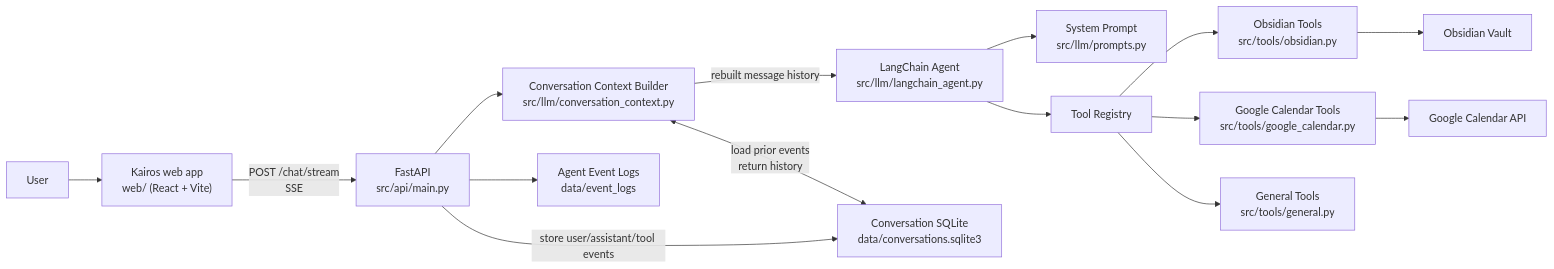
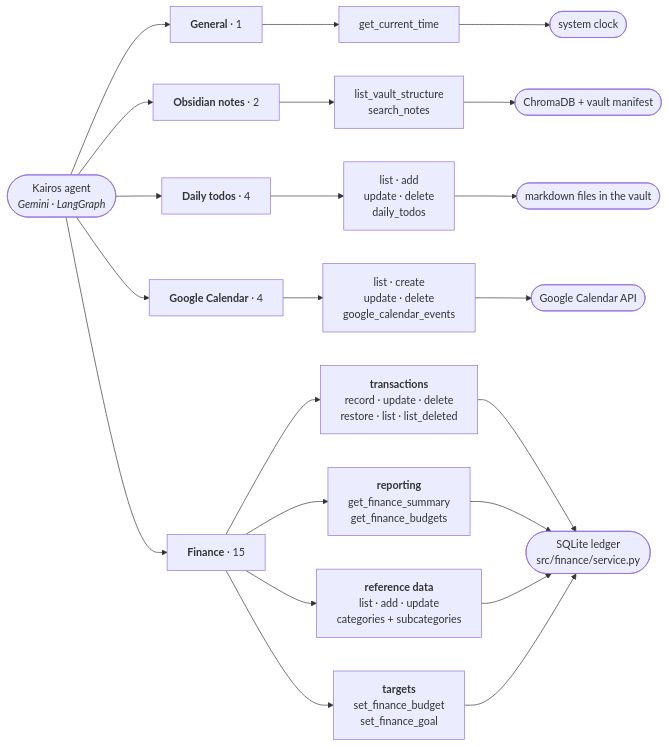
The first of 3 diagrams in README.md (ZhanLiang06/Personal-AI-Assistant), drawn with Mermaid before and after one commit. The commit also changed other lines of this file and 15 other files, not shown here.

````diff
--- a/README.md
+++ b/README.md
@@ -24,17 +92,28 @@
 ```mermaid
 flowchart LR
-    User["User"] --> WebUI["Kairos web app<br/>web/ (React + Vite)"]
-    WebUI -->|POST /chat/stream<br/>SSE| API["FastAPI<br/>src/api/main.py"]
-    API --> Context["Conversation Context Builder<br/>src/llm/conversation_context.py"]
-    Context -->|rebuilt message history| Agent["LangChain Agent<br/>src/llm/langchain_agent.py"]
-    Agent --> Prompt["System Prompt<br/>src/llm/prompts.py"]
-    Agent --> Tools["Tool Registry"]
-    Tools --> ObsidianTools["Obsidian Tools<br/>src/tools/obsidian.py"]
-    Tools --> CalendarTools["Google Calendar Tools<br/>src/tools/google_calendar.py"]
-    Tools --> GeneralTools["General Tools<br/>src/tools/general.py"]
-    ObsidianTools --> Vault["Obsidian Vault"]
-    CalendarTools --> Google["Google Calendar API"]
-    Context <-->|load prior events<br/>return history| SQLite["Conversation SQLite<br/>data/conversations.sqlite3"]
-    API -->|store user/assistant/tool events| SQLite
-    API --> EventLog["Agent Event Logs<br/>data/event_logs"]
+    A(["Kairos agent<br/><i>Gemini · LangGraph</i>"])
+
+    A --> G["<b>General</b> · 1"]
+    A --> N["<b>Obsidian notes</b> · 2"]
+    A --> T["<b>Daily todos</b> · 4"]
+    A --> C["<b>Google Calendar</b> · 4"]
+    A --> F["<b>Finance</b> · 15"]
+
+    G --> G1["get_current_time"]
+    N --> N1["list_vault_structure<br/>search_notes"]
+    T --> T1["list · add<br/>update · delete<br/>daily_todos"]
+    C --> C1["list · create<br/>update · delete<br/>google_calendar_events"]
+    F --> F1["<b>transactions</b><br/>record · update · delete<br/>restore · list · list_deleted"]
+    F --> F2["<b>reporting</b><br/>get_finance_summary<br/>get_finance_budgets"]
+    F --> F3["<b>reference data</b><br/>list · add · update<br/>categories + subcategories"]
+    F --> F4["<b>targets</b><br/>set_finance_budget<br/>set_finance_goal"]
+
+    G1 --> GS(["system clock"])
+    N1 --> NS(["ChromaDB + vault manifest"])
+    T1 --> TS(["markdown files in the vault"])
+    C1 --> CS(["Google Calendar API"])
+    F1 --> FS(["SQLite ledger<br/>src/finance/service.py"])
+    F2 --> FS
+    F3 --> FS
+    F4 --> FS
 ```
````
